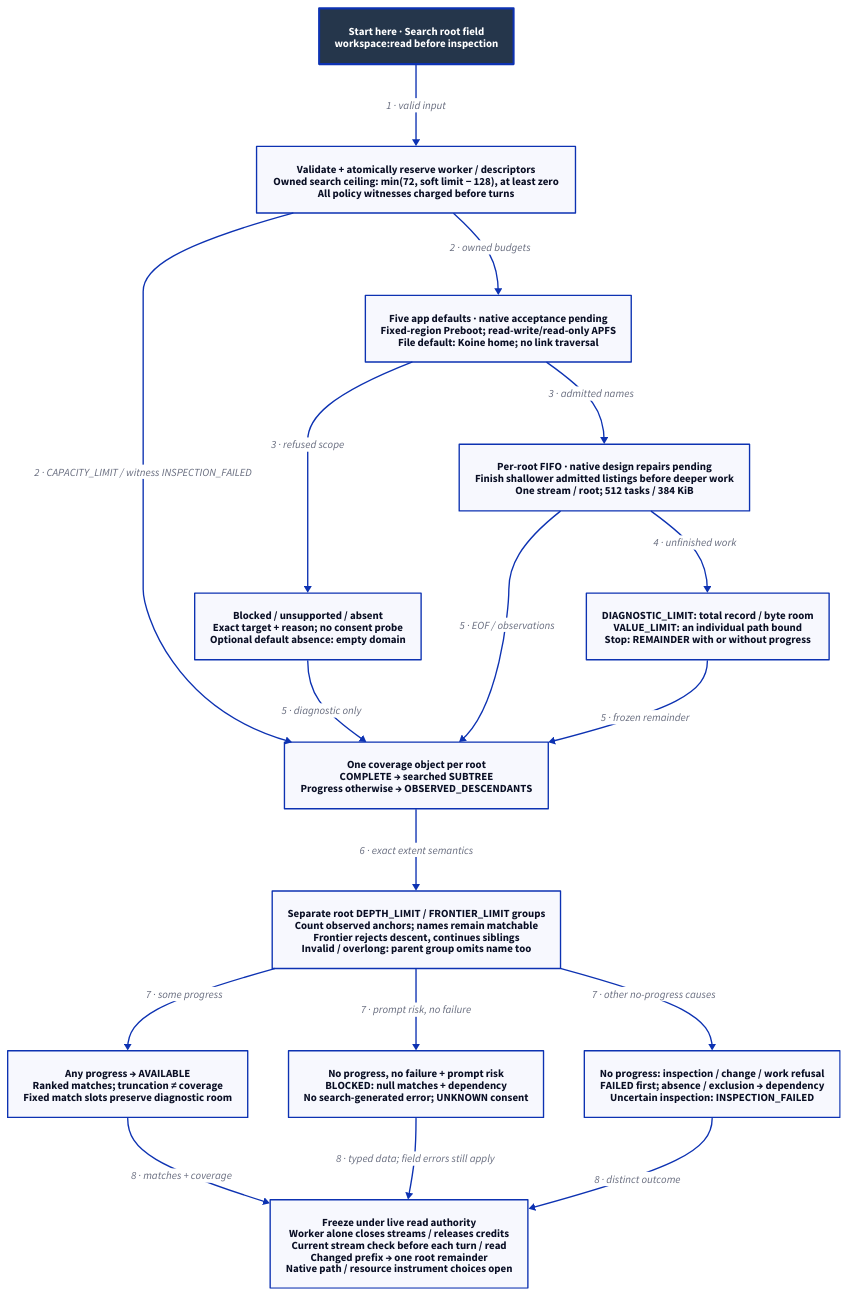
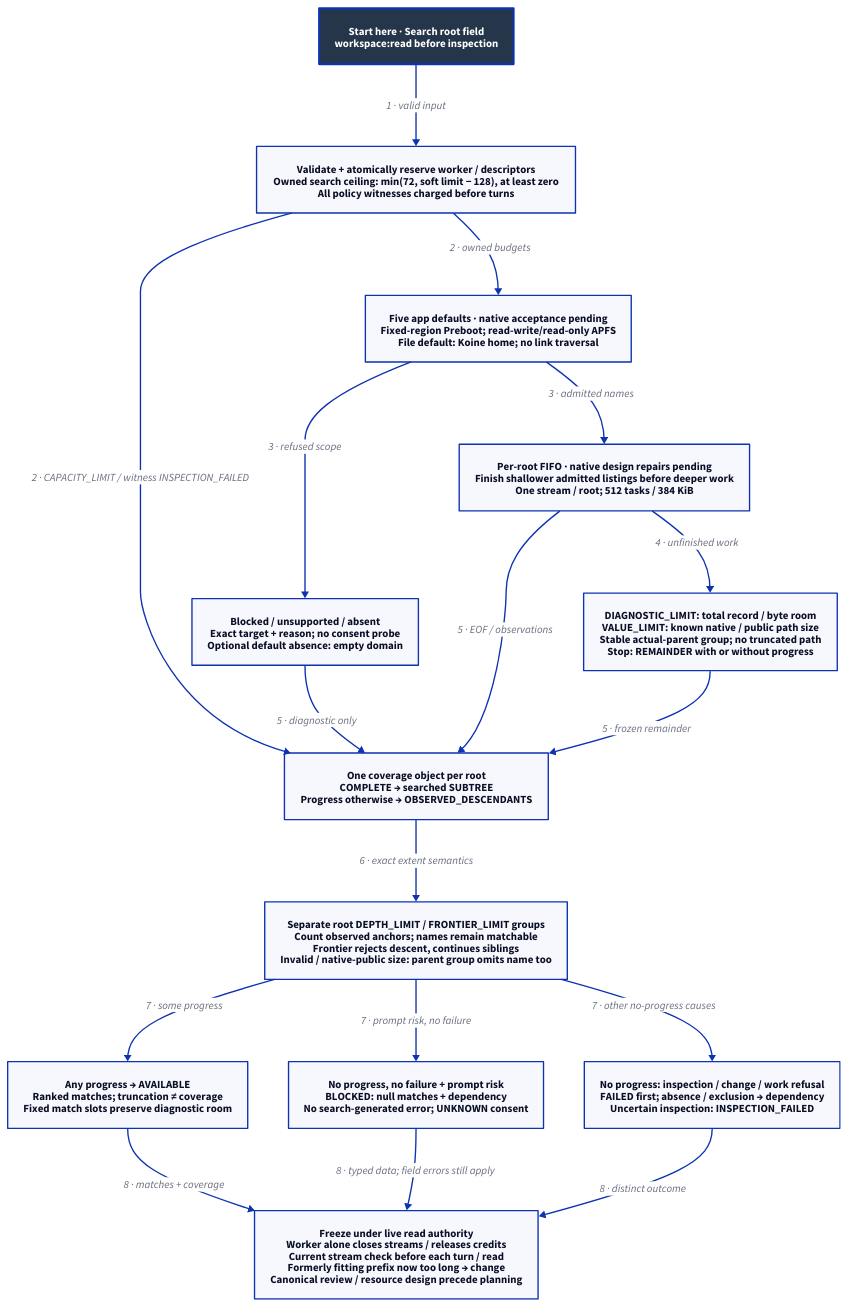
One commit to Linkuistics/Koine changed the diagram in docs/design/architecture/search-coverage.d2. Above: the diagram before and after it, drawn with D2. The commit also changed 24 other files, not shown here.

Commit message:
search-canonical-paths-k108: specify lossless fsgetpath observations and native size subjects

```diff
--- a/docs/design/architecture/search-coverage.d2
+++ b/docs/design/architecture/search-coverage.d2
@@ -1,33 +1,33 @@
 # Designed flow; arrows show order/guards, not checked temporal guarantees.
 direction: down
 classes: {
   start: {style: {fill: "#25364B"; font-color: "#FFFFFF"; bold: true; stroke-width: 3}}
 }
 Start: "Start here · Search root field\nworkspace:read before inspection" {class: start}
 Reserve: "Validate + atomically reserve worker / descriptors\nOwned search ceiling: min(72, soft limit − 128), at least zero\nAll policy witnesses charged before turns"
 Admission: "Five app defaults · native acceptance pending\nFixed-region Preboot; read-write/read-only APFS\nFile default: Koine home; no link traversal"
 Skip: "Blocked / unsupported / absent\nExact target + reason; no consent probe\nOptional default absence: empty domain"
 Scan: "Per-root FIFO · native design repairs pending\nFinish shallower admitted listings before deeper work\nOne stream / root; 512 tasks / 384 KiB"
-Bounds: "DIAGNOSTIC_LIMIT: total record / byte room\nVALUE_LIMIT: an individual path bound\nStop: REMAINDER with or without progress"
+Bounds: "DIAGNOSTIC_LIMIT: total record / byte room\nVALUE_LIMIT: known native / public path size\nStable actual-parent group; no truncated path\nStop: REMAINDER with or without progress"
 Coverage: "One coverage object per root\nCOMPLETE → searched SUBTREE\nProgress otherwise → OBSERVED_DESCENDANTS"
-Groups: "Separate root DEPTH_LIMIT / FRONTIER_LIMIT groups\nCount observed anchors; names remain matchable\nFrontier rejects descent, continues siblings\nInvalid / overlong: parent group omits name too"
+Groups: "Separate root DEPTH_LIMIT / FRONTIER_LIMIT groups\nCount observed anchors; names remain matchable\nFrontier rejects descent, continues siblings\nInvalid / native-public size: parent group omits name too"
 Available: "Any progress → AVAILABLE\nRanked matches; truncation ≠ coverage\nFixed match slots preserve diagnostic room"
 Blocked: "No progress, no failure + prompt risk\nBLOCKED: null matches + dependency\nNo search-generated error; UNKNOWN consent"
 Other: "No progress: inspection / change / work refusal\nFAILED first; absence / exclusion → dependency\nUncertain inspection: INSPECTION_FAILED"
-Publish: "Freeze under live read authority\nWorker alone closes streams / releases credits\nCurrent stream check before each turn / read\nChanged prefix → one root remainder\nNative path / resource instrument choices open"
+Publish: "Freeze under live read authority\nWorker alone closes streams / releases credits\nCurrent stream check before each turn / read\nFormerly fitting prefix now too long → change\nCanonical review / resource design precede planning"
 Start -> Reserve: "1 · valid input"
 Reserve -> Admission: "2 · owned budgets"
 Reserve -> Coverage: "2 · CAPACITY_LIMIT / witness INSPECTION_FAILED"
 Admission -> Skip: "3 · refused scope"
 Admission -> Scan: "3 · admitted names"
 Scan -> Bounds: "4 · unfinished work"
 Skip -> Coverage: "5 · diagnostic only"
 Scan -> Coverage: "5 · EOF / observations"
 Bounds -> Coverage: "5 · frozen remainder"
 Coverage -> Groups: "6 · exact extent semantics"
 Groups -> Available: "7 · some progress"
 Groups -> Blocked: "7 · prompt risk, no failure"
 Groups -> Other: "7 · other no-progress causes"
 Available -> Publish: "8 · matches + coverage"
 Blocked -> Publish: "8 · typed data; field errors still apply"
 Other -> Publish: "8 · distinct outcome"
```
